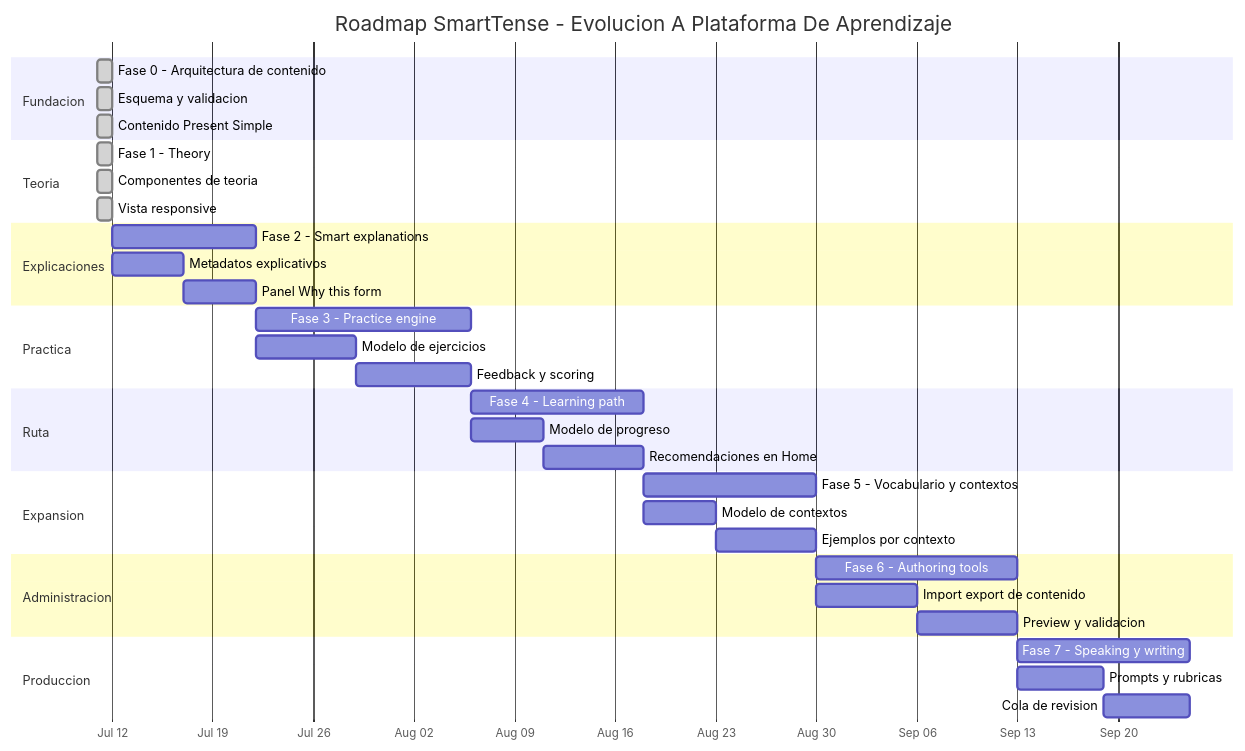
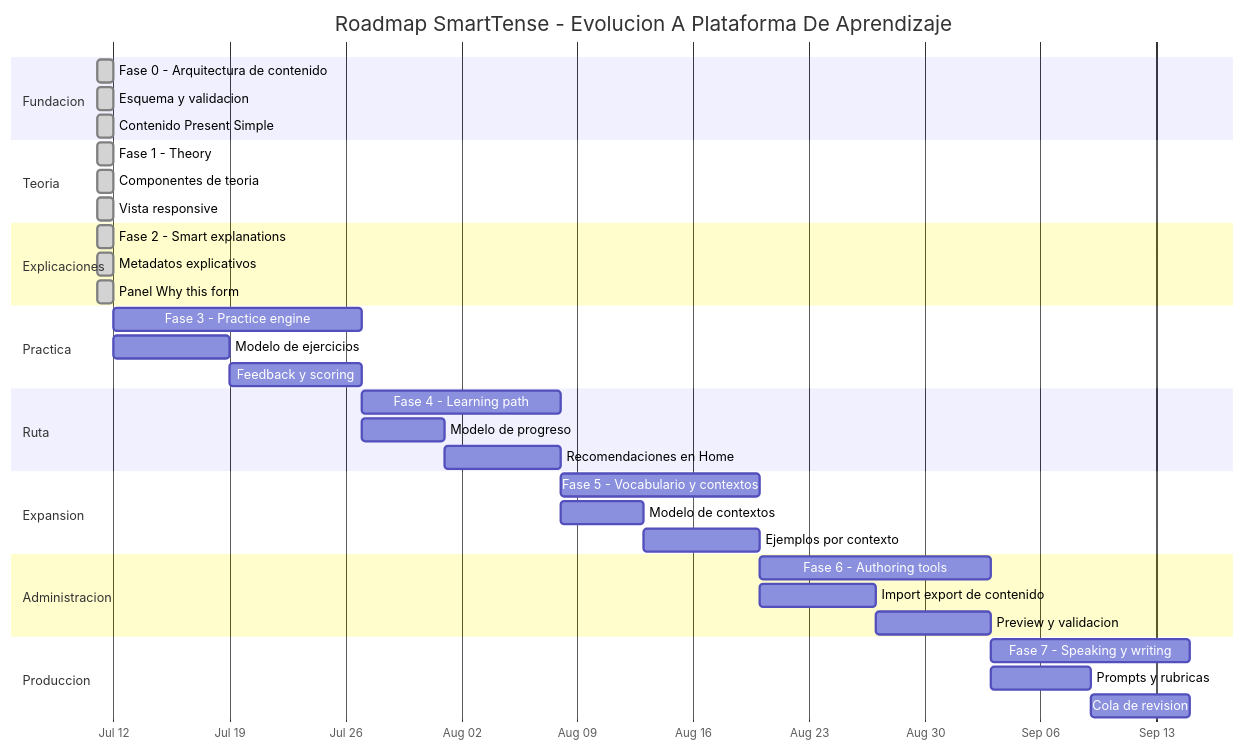
Before and after one commit to dafermen/SmartTense: the diagram in docs/PROJECT_PHASE_ROADMAP.md, drawn with Mermaid. The commit also changed other lines of this file and 10 other files, not shown here.

````diff
--- a/docs/PROJECT_PHASE_ROADMAP.md
+++ b/docs/PROJECT_PHASE_ROADMAP.md
@@ -216,46 +220,46 @@
 ```mermaid
 gantt
     title Roadmap SmartTense - Evolucion A Plataforma De Aprendizaje
     dateFormat  YYYY-MM-DD
     axisFormat  %b %d
 
     section Fundacion
     Fase 0 - Arquitectura de contenido      :done, p0, 2026-07-11, 1d
     Esquema y validacion                    :done, p0a, 2026-07-11, 1d
     Contenido Present Simple                :done, p0b, 2026-07-11, 1d
 
     section Teoria
     Fase 1 - Theory                         :done, p1, 2026-07-11, 1d
     Componentes de teoria                   :done, p1a, 2026-07-11, 1d
     Vista responsive                        :done, p1b, 2026-07-11, 1d
 
     section Explicaciones
-    Fase 2 - Smart explanations             :p2, 2026-07-12, 10d
-    Metadatos explicativos                  :p2a, 2026-07-12, 5d
-    Panel Why this form                     :p2b, after p2a, 5d
+    Fase 2 - Smart explanations             :done, p2, 2026-07-11, 1d
+    Metadatos explicativos                  :done, p2a, 2026-07-11, 1d
+    Panel Why this form                     :done, p2b, 2026-07-11, 1d
 
     section Practica
-    Fase 3 - Practice engine                :p3, after p2, 15d
-    Modelo de ejercicios                    :p3a, after p2, 7d
+    Fase 3 - Practice engine                :p3, 2026-07-12, 15d
+    Modelo de ejercicios                    :p3a, 2026-07-12, 7d
     Feedback y scoring                      :p3b, after p3a, 8d
 
     section Ruta
     Fase 4 - Learning path                  :p4, after p3, 12d
     Modelo de progreso                      :p4a, after p3, 5d
     Recomendaciones en Home                 :p4b, after p4a, 7d
 
     section Expansion
     Fase 5 - Vocabulario y contextos        :p5, after p4, 12d
     Modelo de contextos                     :p5a, after p4, 5d
     Ejemplos por contexto                   :p5b, after p5a, 7d
 
     section Administracion
     Fase 6 - Authoring tools                :p6, after p5, 14d
     Import export de contenido              :p6a, after p5, 7d
     Preview y validacion                    :p6b, after p6a, 7d
 
     section Produccion
     Fase 7 - Speaking y writing             :p7, after p6, 12d
     Prompts y rubricas                      :p7a, after p6, 6d
     Cola de revision                        :p7b, after p7a, 6d
 ```
````
